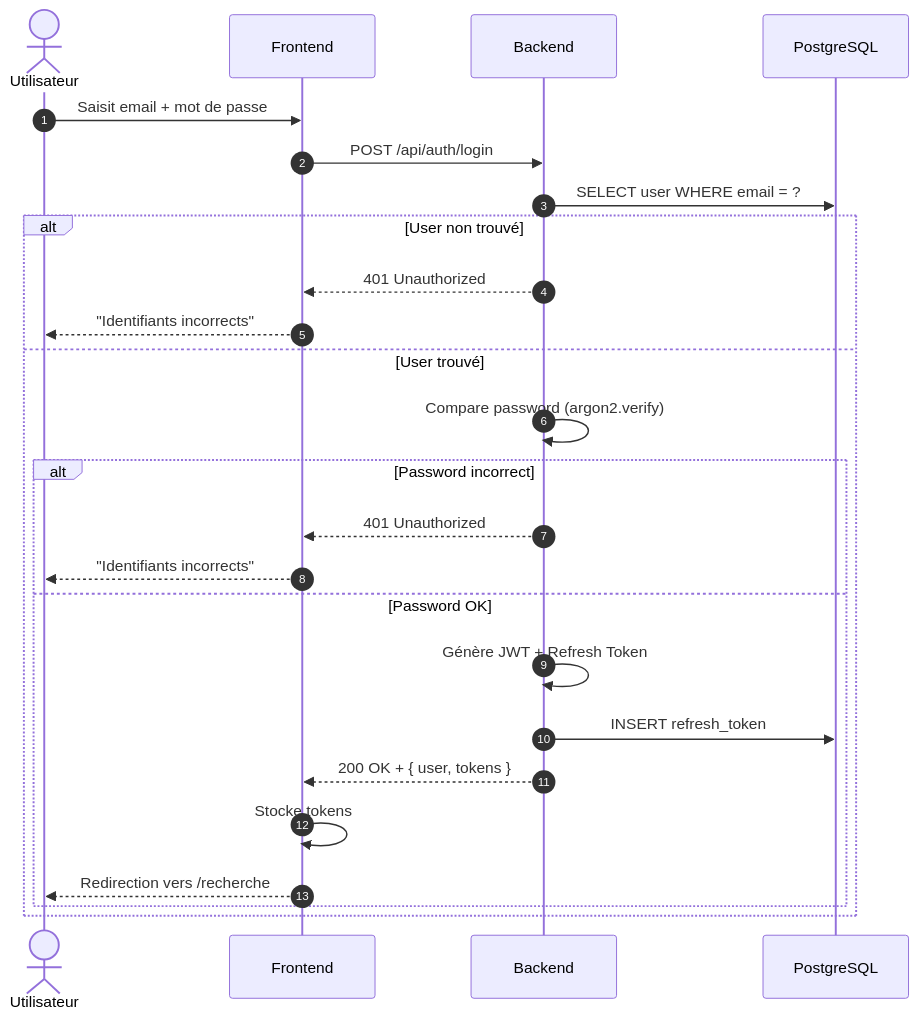
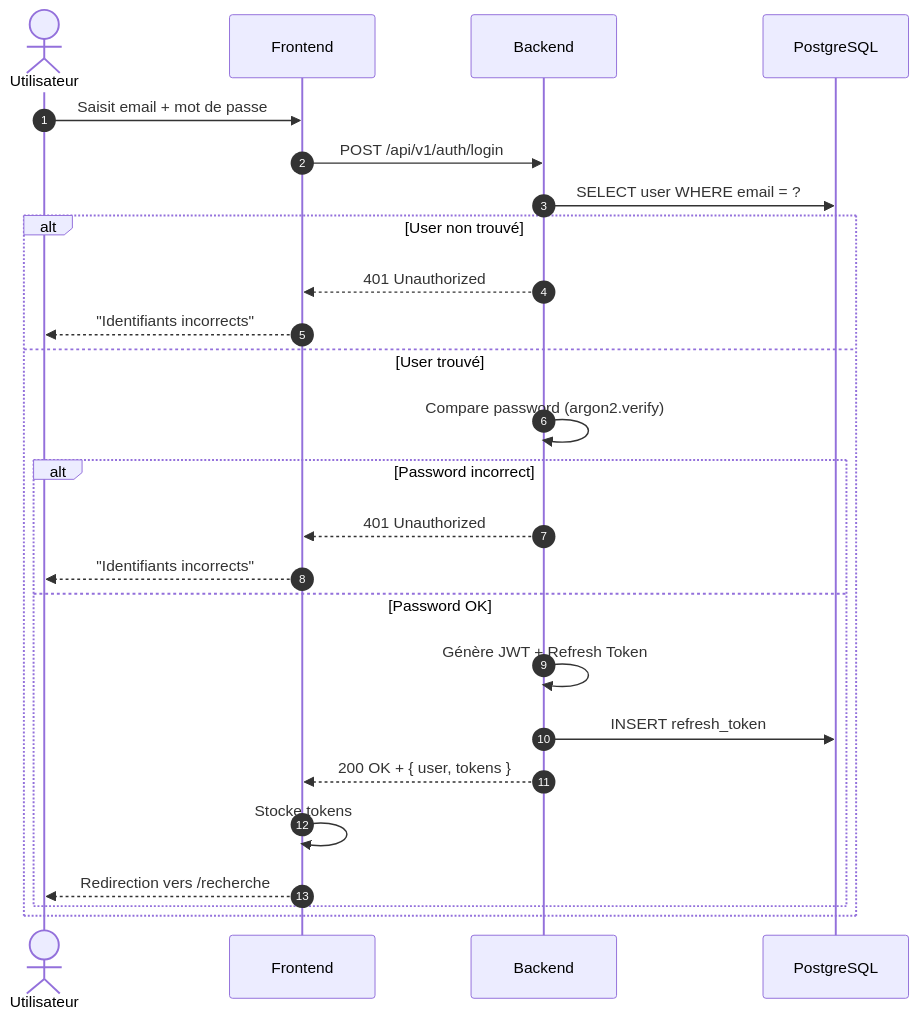
The second of 4 diagrams in docs/documentation-implementation/arc42/06-runtime/authentication.md (Sojeremy/documentation-skillswap), drawn with Mermaid before and after one commit. The commit also changed other lines of this file and 5 other files, not shown here.

First line of the commit message:
docs(arc42): aligner les Mermaid sur le préfixe /api/v1/ et le chemin /profiles (axe 3 / commit 1)

````diff
--- a/docs/documentation-implementation/arc42/06-runtime/authentication.md
+++ b/docs/documentation-implementation/arc42/06-runtime/authentication.md
@@ -47,28 +47,28 @@
 ```mermaid
 sequenceDiagram
     autonumber
     actor U as Utilisateur
     participant F as Frontend
     participant B as Backend
     participant DB as PostgreSQL
 
     U->>F: Saisit email + mot de passe
-    F->>B: POST /api/auth/login
+    F->>B: POST /api/v1/auth/login
     B->>DB: SELECT user WHERE email = ?
     alt User non trouvé
         B-->>F: 401 Unauthorized
         F-->>U: "Identifiants incorrects"
     else User trouvé
         B->>B: Compare password (argon2.verify)
         alt Password incorrect
             B-->>F: 401 Unauthorized
             F-->>U: "Identifiants incorrects"
         else Password OK
             B->>B: Génère JWT + Refresh Token
             B->>DB: INSERT refresh_token
             B-->>F: 200 OK + { user, tokens }
             F->>F: Stocke tokens
             F-->>U: Redirection vers /recherche
         end
     end
 ```
````
